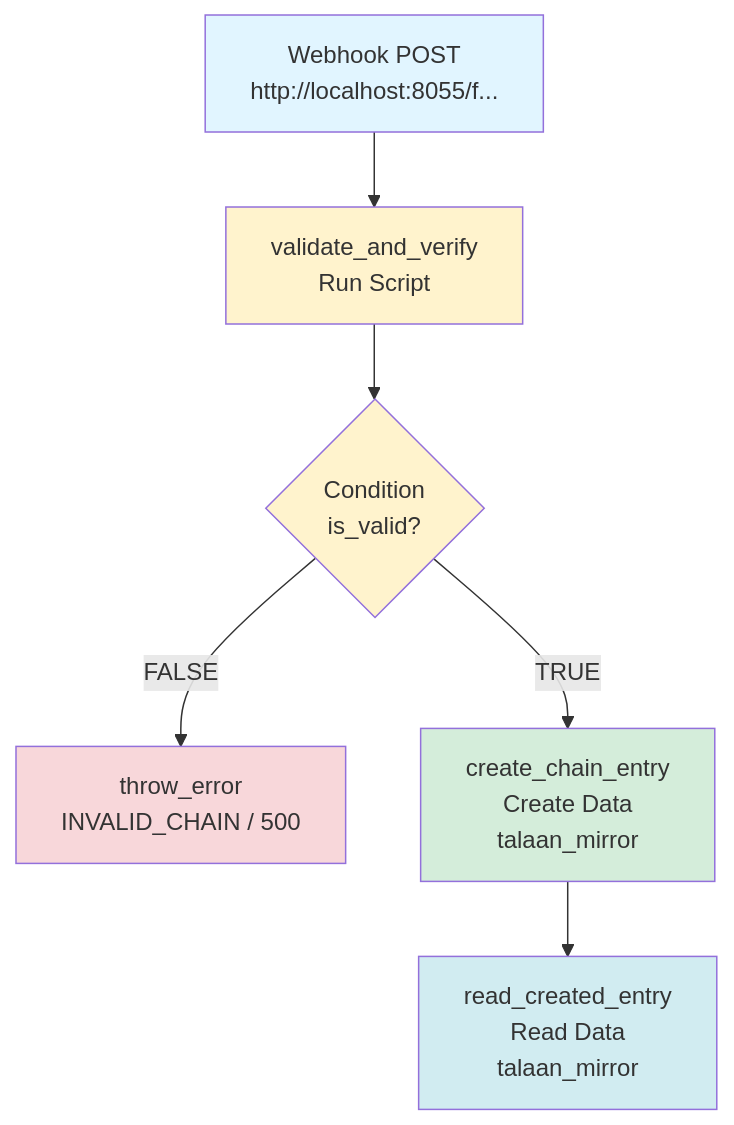
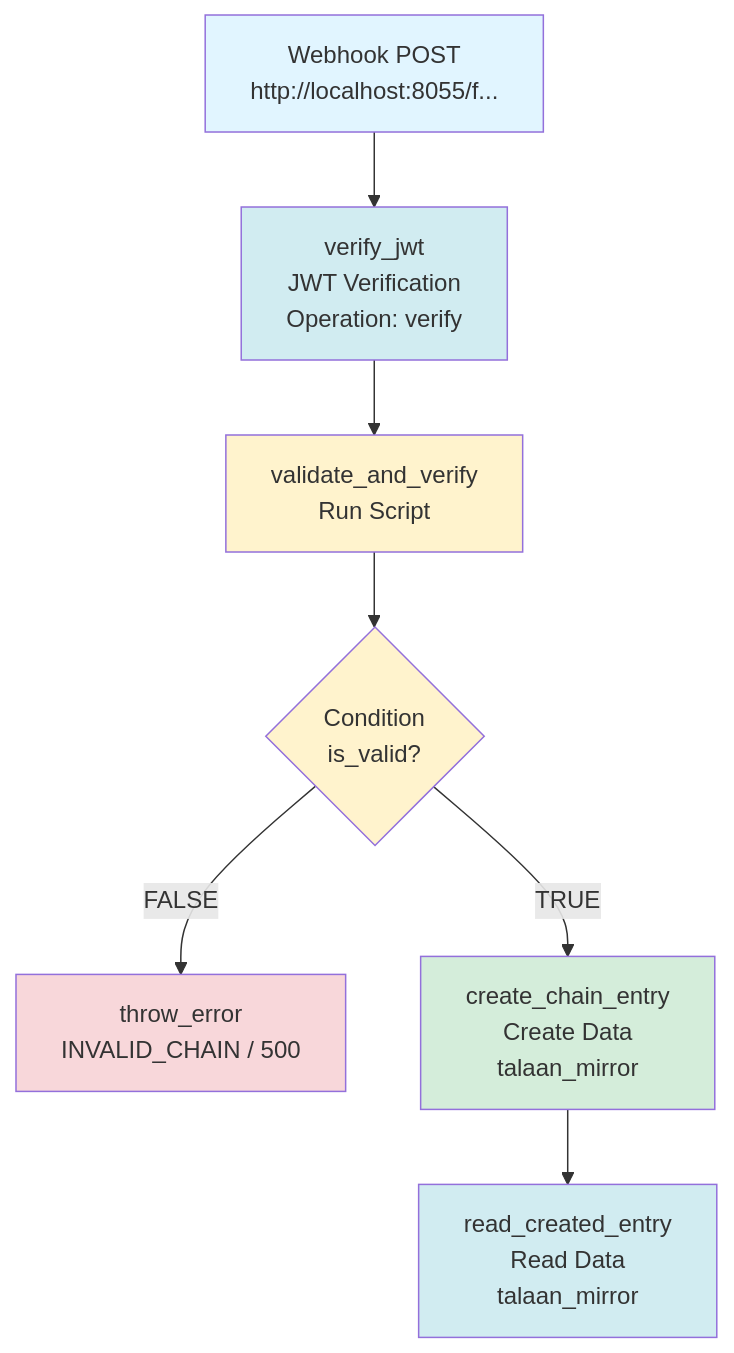
The diagram in talaan-chain/flows/mirror/README.md (trinly01/Tamper-Evident-Ledger-Systems-PH), drawn with Mermaid before and after one commit. The commit also changed other lines of this file and 3 other files, not shown here.

First line of the commit message:
Add JWT authentication to logger and mirror flows

````diff
--- a/talaan-chain/flows/mirror/README.md
+++ b/talaan-chain/flows/mirror/README.md
@@ -110,15 +132,17 @@
 ```mermaid
 graph TD
-    A[Webhook POST<br/>http://localhost:8055/f...] --> B[validate_and_verify<br/>Run Script]
-    B --> C{Condition<br/>is_valid?}
-    C -->|FALSE| D[throw_error<br/>INVALID_CHAIN / 500]
-    C -->|TRUE| E[create_chain_entry<br/>Create Data<br/>talaan_mirror]
-    E --> F[read_created_entry<br/>Read Data<br/>talaan_mirror]
+    A[Webhook POST<br/>http://localhost:8055/f...] --> B[verify_jwt<br/>JWT Verification<br/>Operation: verify]
+    B --> C[validate_and_verify<br/>Run Script]
+    C --> D{Condition<br/>is_valid?}
+    D -->|FALSE| E[throw_error<br/>INVALID_CHAIN / 500]
+    D -->|TRUE| F[create_chain_entry<br/>Create Data<br/>talaan_mirror]
+    F --> G[read_created_entry<br/>Read Data<br/>talaan_mirror]
     
     style A fill:#e1f5ff
-    style B fill:#fff3cd
+    style B fill:#d1ecf1
     style C fill:#fff3cd
-    style D fill:#f8d7da
-    style E fill:#d4edda
-    style F fill:#d1ecf1
+    style D fill:#fff3cd
+    style E fill:#f8d7da
+    style F fill:#d4edda
+    style G fill:#d1ecf1
 ```
````
